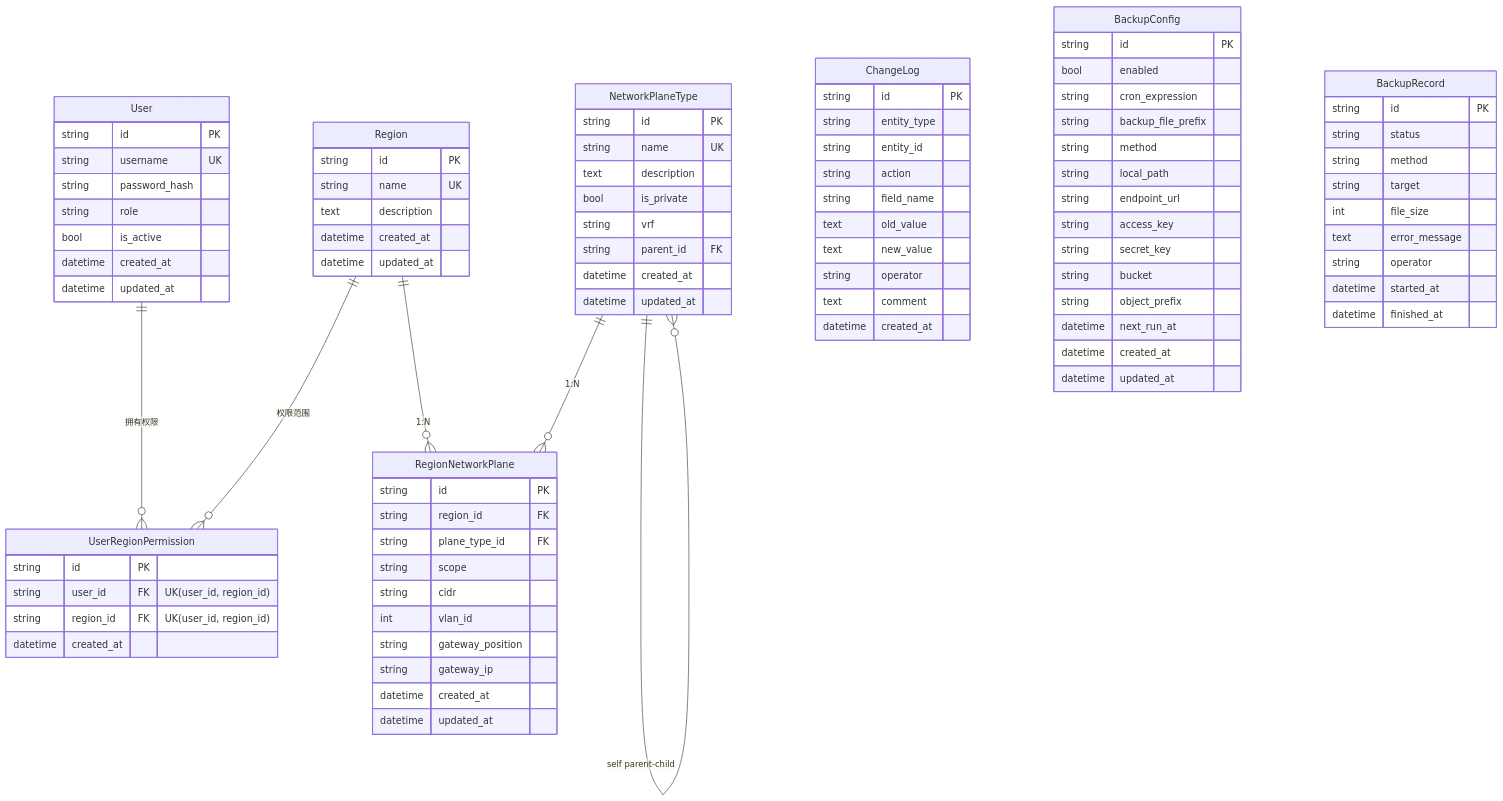
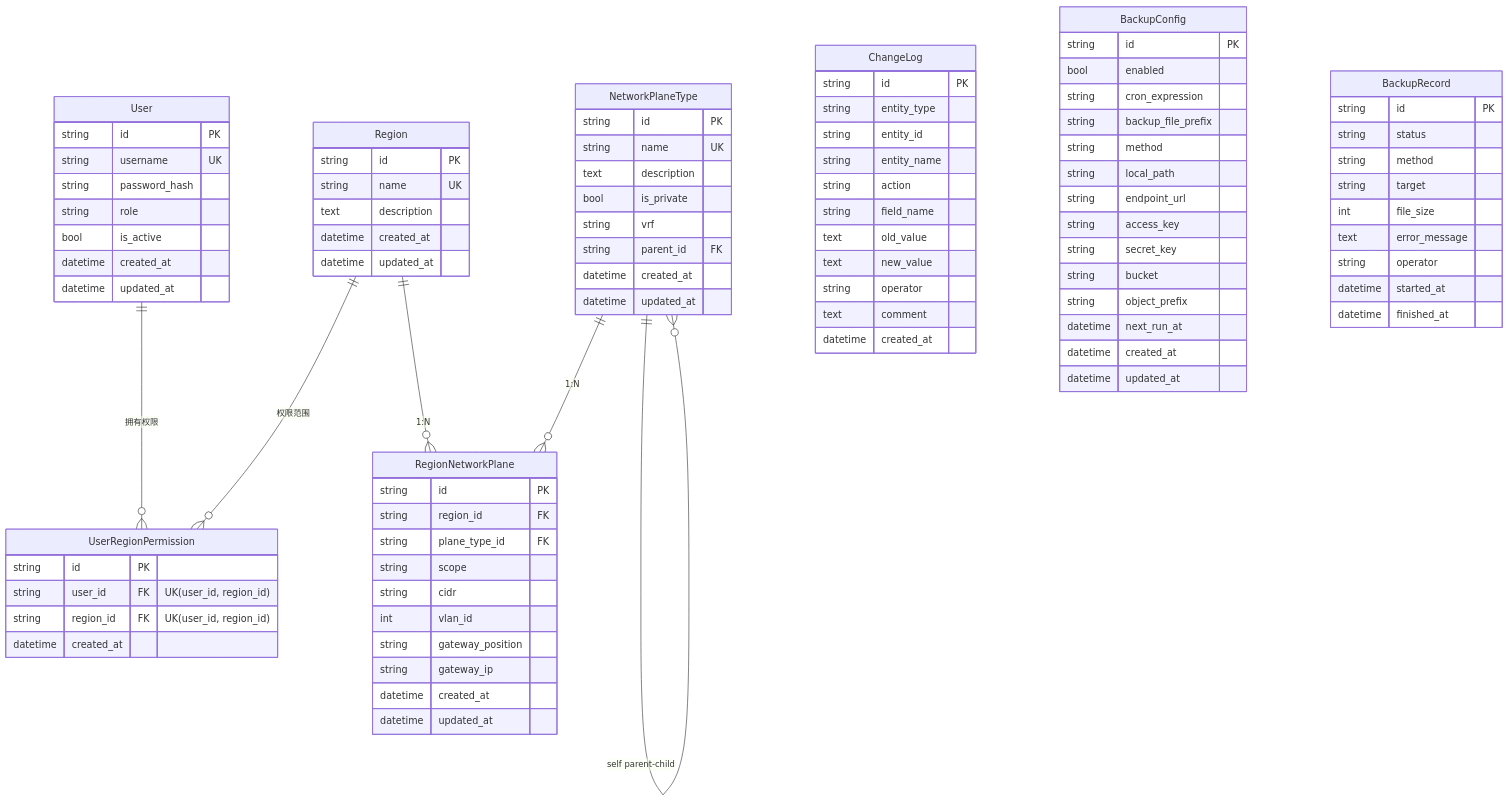
The second of 5 diagrams in SYSTEM_DESIGN.md (zhou-xingxing/dc-network-planner), drawn with Mermaid before and after one commit. The commit also changed other lines of this file and 16 other files, not shown here.

```diff
--- a/SYSTEM_DESIGN.md
+++ b/SYSTEM_DESIGN.md
@@ -150,6 +150,7 @@
         string id PK
         string entity_type
         string entity_id
+        string entity_name
         string action
         string field_name
         text   old_value
```
